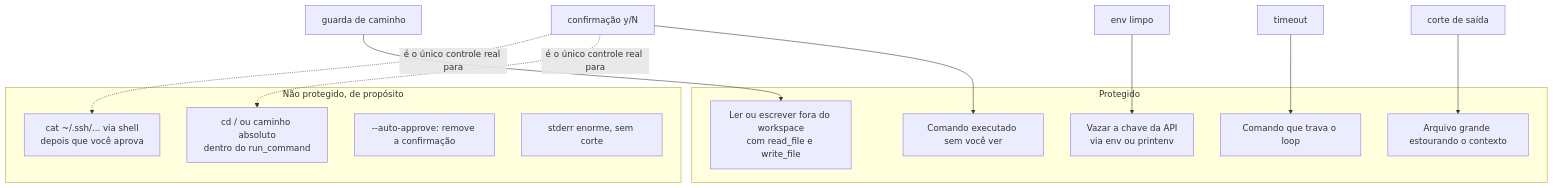
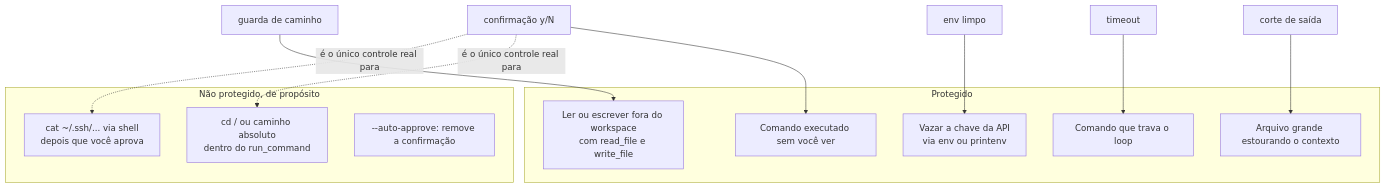
One commit to CristianonCarvalho/harness-p1-agente-minimo changed the fourth of 4 diagrams in docs/arquitetura/03-ferramentas-e-guardas.md. Above: the diagram before and after it, drawn with Mermaid. The commit also changed other lines of this file and 6 other files, not shown here.

````diff
--- a/docs/arquitetura/03-ferramentas-e-guardas.md
+++ b/docs/arquitetura/03-ferramentas-e-guardas.md
@@ -87,22 +87,21 @@
 ```mermaid
 flowchart TD
     subgraph Protege["Protegido"]
         a1["Ler ou escrever fora do workspace<br/>com read_file e write_file"]
         a2["Vazar a chave da API<br/>via env ou printenv"]
         a3["Comando que trava o loop"]
         a4["Arquivo grande estourando o contexto"]
         a5["Comando executado sem você ver"]
     end
     subgraph Aberto["Não protegido, de propósito"]
         b1["cd / ou caminho absoluto<br/>dentro do run_command"]
         b2["cat ~/.ssh/... via shell<br/>depois que você aprova"]
         b3["--auto-approve: remove a confirmação"]
-        b4["stderr enorme, sem corte"]
     end
     g1["guarda de caminho"] --> a1
     g2["env limpo"] --> a2
     g3["timeout"] --> a3
     g4["corte de saída"] --> a4
     g5["confirmação y/N"] --> a5
     g5 -. "é o único controle real para" .-> b1 & b2
 ```
````
